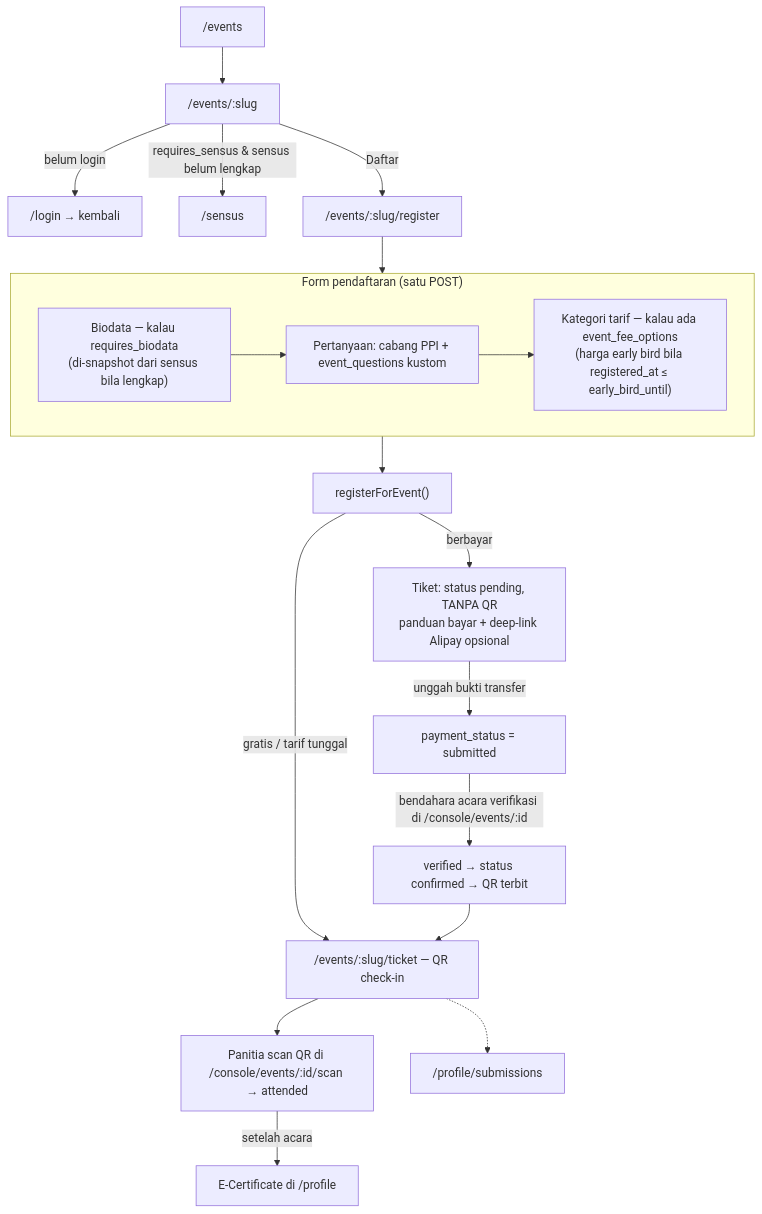
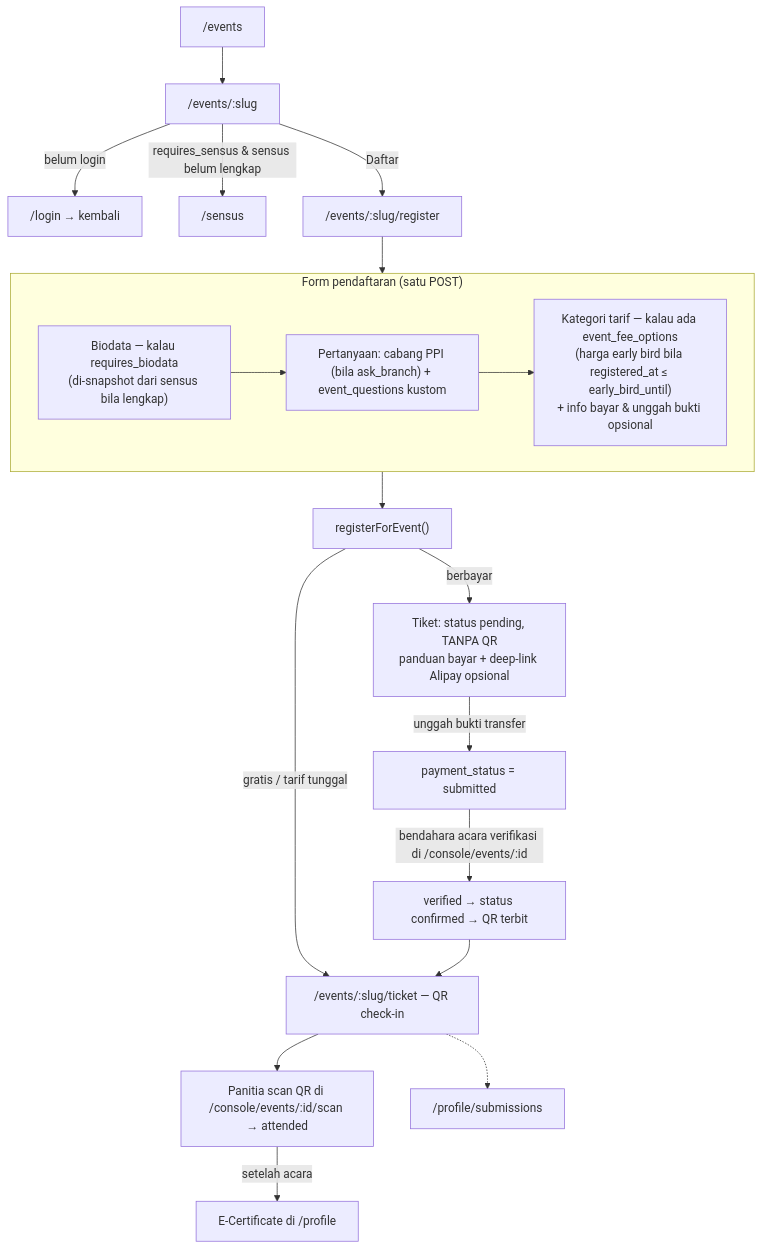
The diagram in docs/Event Flow.md (ppit-nanjing/PPIT_nanjing), drawn with Mermaid before and after one commit. The commit also changed other lines of this file and 10 other files, not shown here.

````diff
--- a/docs/Event Flow.md
+++ b/docs/Event Flow.md
@@ -7,25 +7,25 @@
 ```mermaid
 flowchart TD
     List["/events"] --> Detail["/events/:slug"]
     Detail -->|belum login| Login["/login → kembali"]
     Detail -->|requires_sensus & sensus belum lengkap| Sensus["/sensus"]
     Detail -->|"Daftar"| Reg["/events/:slug/register"]
 
     subgraph Wizard["Form pendaftaran (satu POST)"]
         Bio["Biodata — kalau requires_biodata<br/>(di-snapshot dari sensus bila lengkap)"]
-        Qs["Pertanyaan: cabang PPI + event_questions kustom"]
-        Fee["Kategori tarif — kalau ada event_fee_options<br/>(harga early bird bila registered_at ≤ early_bird_until)"]
+        Qs["Pertanyaan: cabang PPI (bila ask_branch) + event_questions kustom"]
+        Fee["Kategori tarif — kalau ada event_fee_options<br/>(harga early bird bila registered_at ≤ early_bird_until)<br/>+ info bayar & unggah bukti opsional"]
         Bio --> Qs --> Fee
     end
     Reg --> Wizard --> Submit["registerForEvent()"]
 
     Submit -->|gratis / tarif tunggal| Ticket["/events/:slug/ticket — QR check-in"]
     Submit -->|berbayar| Pending["Tiket: status pending, TANPA QR<br/>panduan bayar + deep-link Alipay opsional"]
     Pending -->|"unggah bukti transfer"| Proof["payment_status = submitted"]
     Proof -->|"bendahara acara verifikasi di /console/events/:id"| Verified["verified → status confirmed → QR terbit"]
     Verified --> Ticket
 
     Ticket --> Attend["Panitia scan QR di /console/events/:id/scan → attended"]
     Attend -->|setelah acara| Cert["E-Certificate di /profile"]
     Ticket -.-> History["/profile/submissions"]
 ```
````
